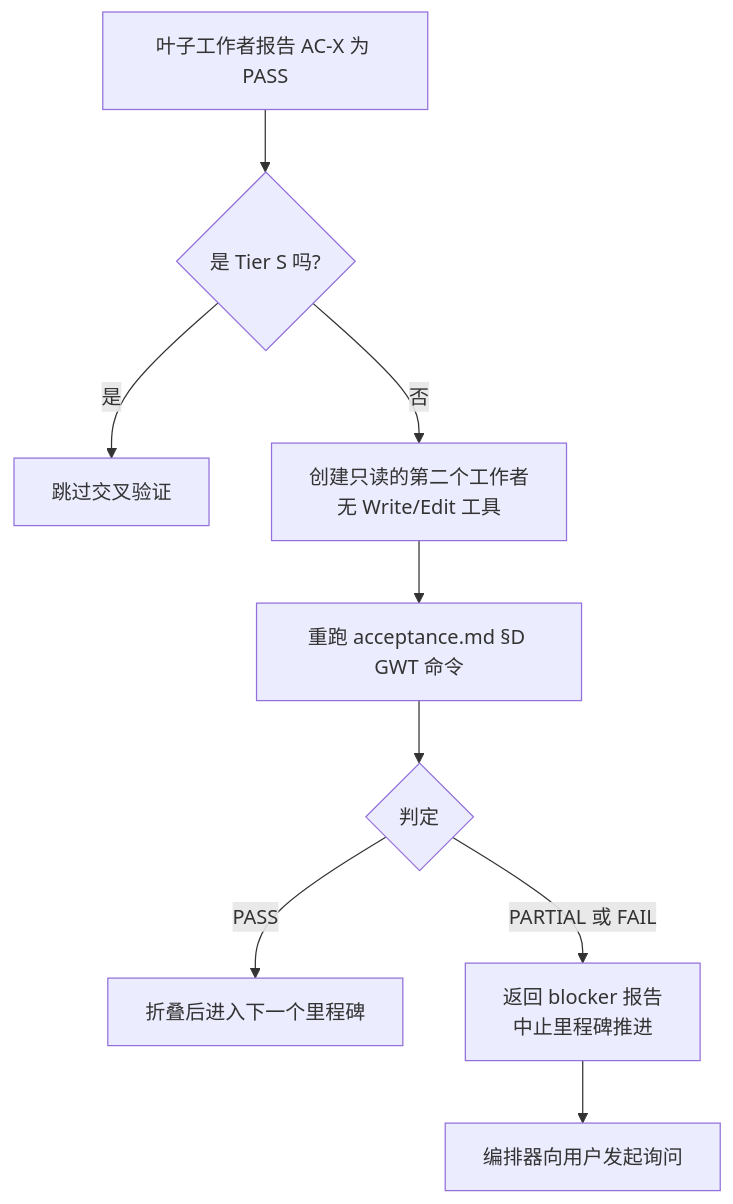
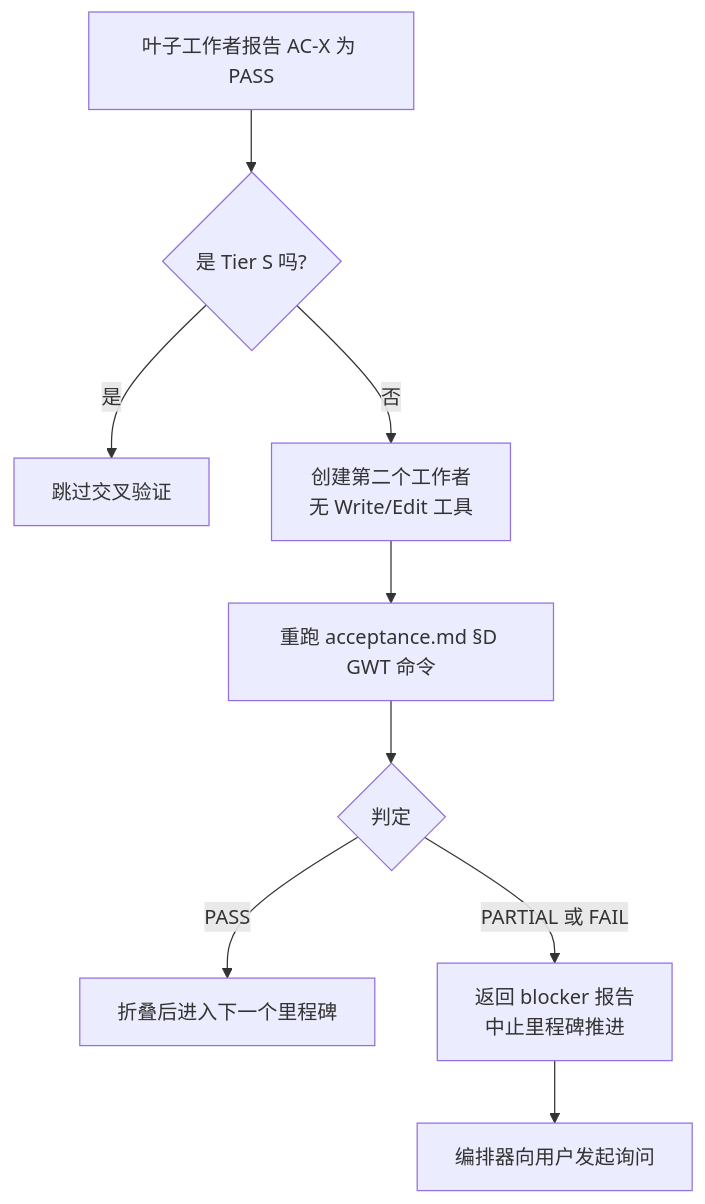
Before and after one commit to modu-ai/moai-adk: the fifth of 5 diagrams in docs-site/content/zh/advanced/agent-guide.md, drawn with Mermaid. The commit also changed other lines of this file and 3 other files, not shown here.

````diff
--- a/docs-site/content/zh/advanced/agent-guide.md
+++ b/docs-site/content/zh/advanced/agent-guide.md
@@ -212,11 +212,11 @@
 ```mermaid
 flowchart TD
     AUTHOR["叶子工作者报告 AC-X 为 PASS"] --> TIER{"是 Tier S 吗?"}
     TIER -->|"是"| SKIP["跳过交叉验证"]
-    TIER -->|"否"| PEER["创建只读的第二个工作者<br>无 Write/Edit 工具"]
+    TIER -->|"否"| PEER["创建第二个工作者<br>无 Write/Edit 工具"]
     PEER --> RERUN["重跑 acceptance.md §D GWT 命令"]
     RERUN --> VERDICT{"判定"}
     VERDICT -->|"PASS"| NEXT["折叠后进入下一个里程碑"]
     VERDICT -->|"PARTIAL 或 FAIL"| BLOCK["返回 blocker 报告<br>中止里程碑推进"]
     BLOCK --> ORCH["编排器向用户发起询问"]
 ```
````
